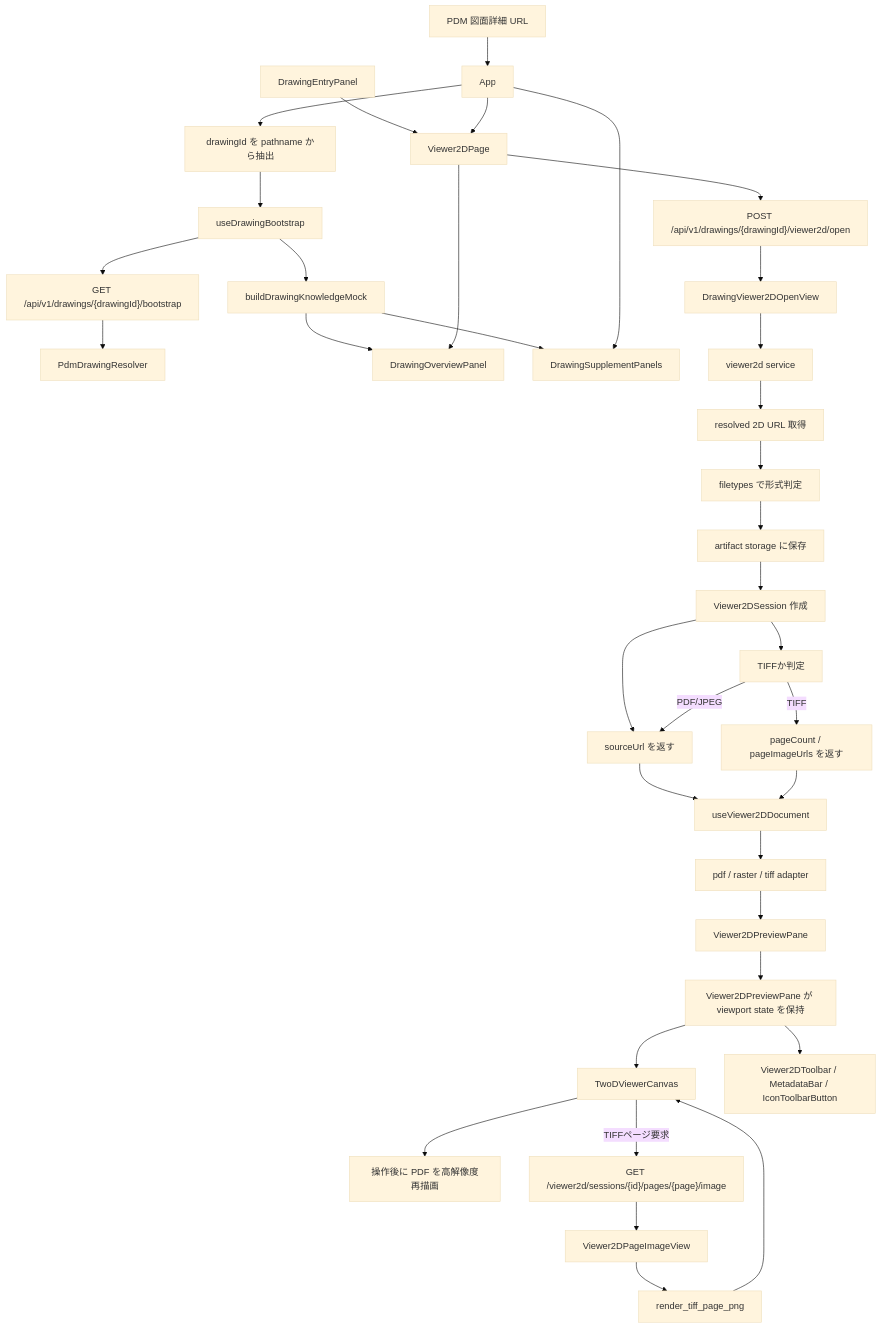
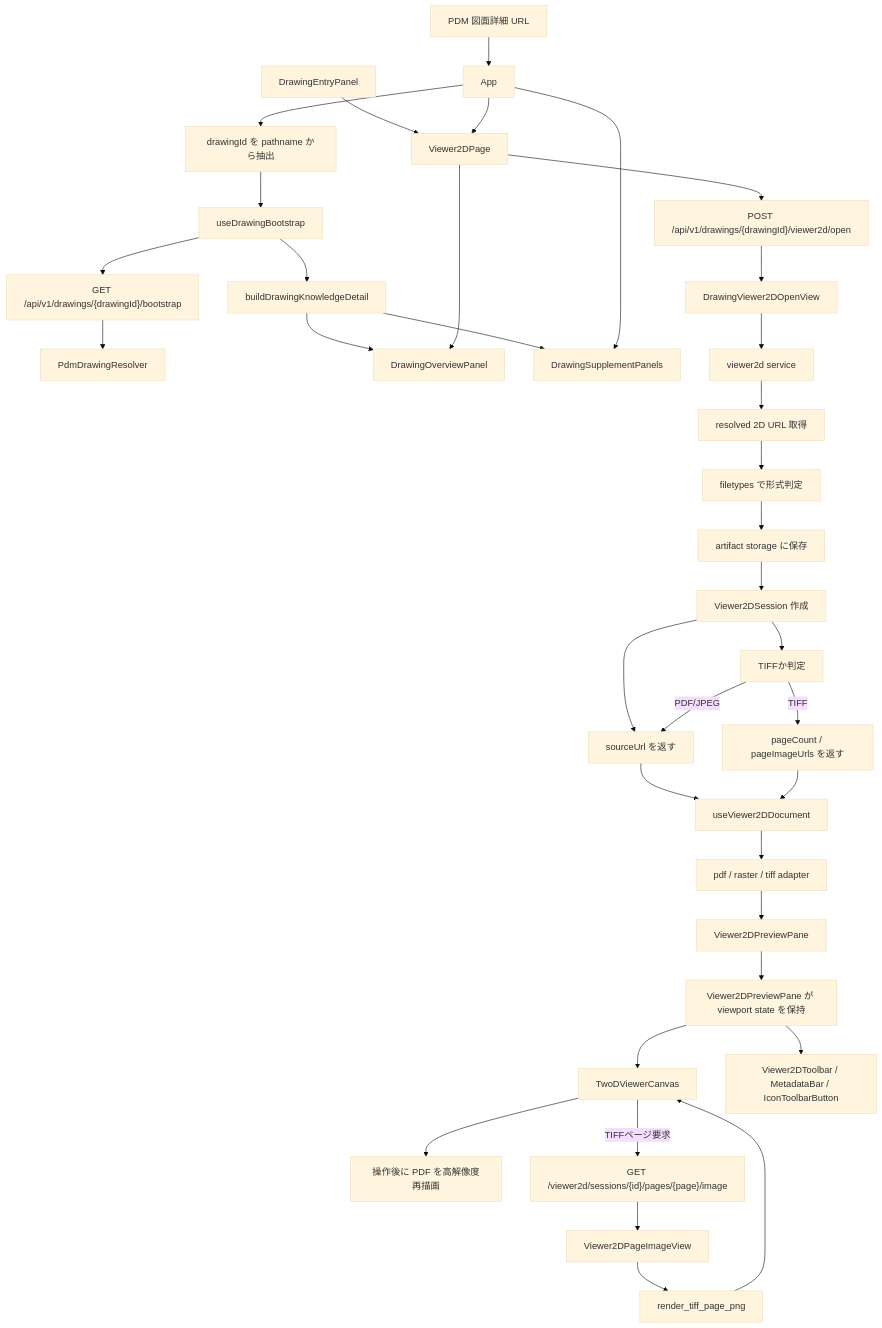
Before and after one commit to s-alp/knowledge_system: the second of 4 diagrams in integrations/2D_3D_CAD_VIEWR/docs/viewer-flow.md, drawn with Mermaid (base theme). The commit also changed other lines of this file and 57 other files, not shown here.

````diff
--- a/integrations/2D_3D_CAD_VIEWR/docs/viewer-flow.md
+++ b/integrations/2D_3D_CAD_VIEWR/docs/viewer-flow.md
@@ -62,43 +62,43 @@
 ```mermaid
 flowchart TD
     pdm["PDM 図面詳細 URL"] --> app["App"]
     app --> route["drawingId を pathname から抽出"]
     route --> bootstrap["useDrawingBootstrap"]
     bootstrap --> apiBootstrap["GET /api/v1/drawings/{drawingId}/bootstrap"]
     apiBootstrap --> resolve2d["PdmDrawingResolver"]
 
-    bootstrap --> mock2d["buildDrawingKnowledgeMock"]
-    mock2d --> overview2d["DrawingOverviewPanel"]
-    mock2d --> supplement2d["DrawingSupplementPanels"]
+    bootstrap --> knowledge2d["buildDrawingKnowledgeDetail"]
+    knowledge2d --> overview2d["DrawingOverviewPanel"]
+    knowledge2d --> supplement2d["DrawingSupplementPanels"]
     entry2d["DrawingEntryPanel"] --> page2d
 
     app --> page2d["Viewer2DPage"]
     page2d --> apiOpen2d["POST /api/v1/drawings/{drawingId}/viewer2d/open"]
     apiOpen2d --> view2d["DrawingViewer2DOpenView"]
     view2d --> service2d["viewer2d service"]
     service2d --> fetch2d["resolved 2D URL 取得"]
     fetch2d --> detect2d["filetypes で形式判定"]
     detect2d --> store2d["artifact storage に保存"]
     store2d --> session2d["Viewer2DSession 作成"]
 
     session2d --> sourceResp["sourceUrl を返す"]
     session2d --> tiffCheck["TIFFか判定"]
     tiffCheck -->|TIFF| tiffPage["pageCount / pageImageUrls を返す"]
     tiffCheck -->|PDF/JPEG| sourceResp
 
     sourceResp --> docHook["useViewer2DDocument"]
     tiffPage --> docHook
     docHook --> adapter2d["pdf / raster / tiff adapter"]
     adapter2d --> preview2d["Viewer2DPreviewPane"]
     preview2d --> viewport2d["Viewer2DPreviewPane が viewport state を保持"]
     viewport2d --> canvas2d["TwoDViewerCanvas"]
     viewport2d --> toolbar2d["Viewer2DToolbar / MetadataBar / IconToolbarButton"]
     canvas2d --> rerender2d["操作後に PDF を高解像度再描画"]
     page2d --> overview2d
     app --> supplement2d
 
     canvas2d -->|TIFFページ要求| pageApi["GET /viewer2d/sessions/{id}/pages/{page}/image"]
     pageApi --> pageView["Viewer2DPageImageView"]
     pageView --> tiffRender["render_tiff_page_png"]
     tiffRender --> canvas2d
 ```
````
